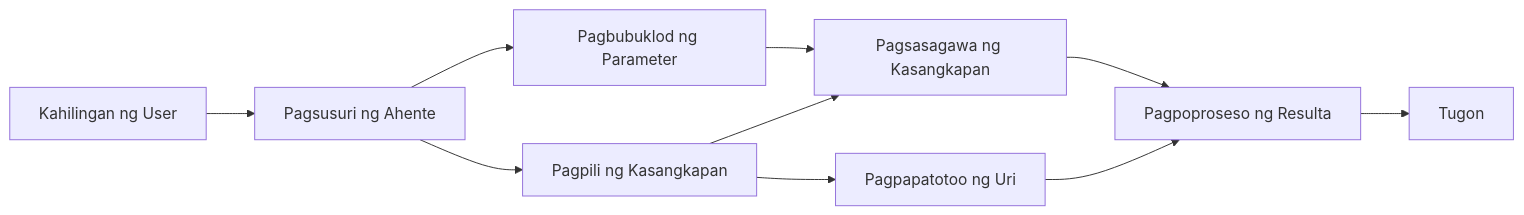
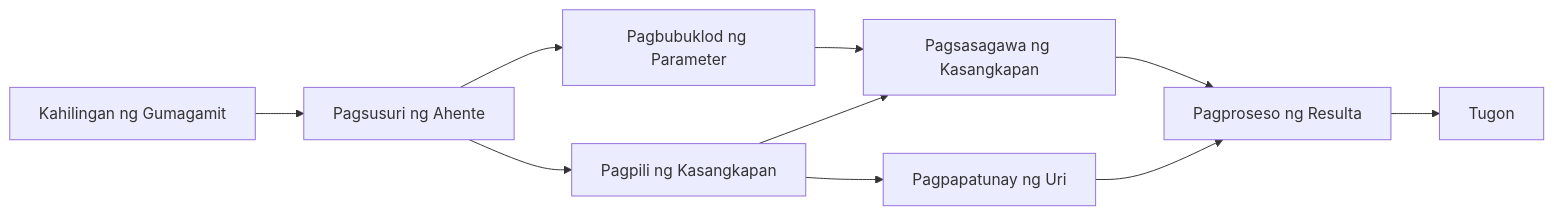
Before and after one commit to venturemavenwill/azureaifundamentals: the diagram in translations/tl/04-tool-use/code_samples/04-dotnet-agent-framework.md, drawn with Mermaid. The commit also changed other lines of this file and 2002 other files, not shown here.

````diff
--- a/translations/tl/04-tool-use/code_samples/04-dotnet-agent-framework.md
+++ b/translations/tl/04-tool-use/code_samples/04-dotnet-agent-framework.md
@@ -40,12 +40,12 @@
 ```mermaid
 graph LR
-    A[Kahilingan ng User] --> B[Pagsusuri ng Ahente]
+    A[Kahilingan ng Gumagamit] --> B[Pagsusuri ng Ahente]
     B --> C[Pagpili ng Kasangkapan]
-    C --> D[Pagpapatotoo ng Uri]
+    C --> D[Pagpapatunay ng Uri]
     B --> E[Pagbubuklod ng Parameter]
     E --> F[Pagsasagawa ng Kasangkapan]
     C --> F
-    F --> G[Pagpoproseso ng Resulta]
+    F --> G[Pagproseso ng Resulta]
     D --> G
     G --> H[Tugon]
 ```
````
